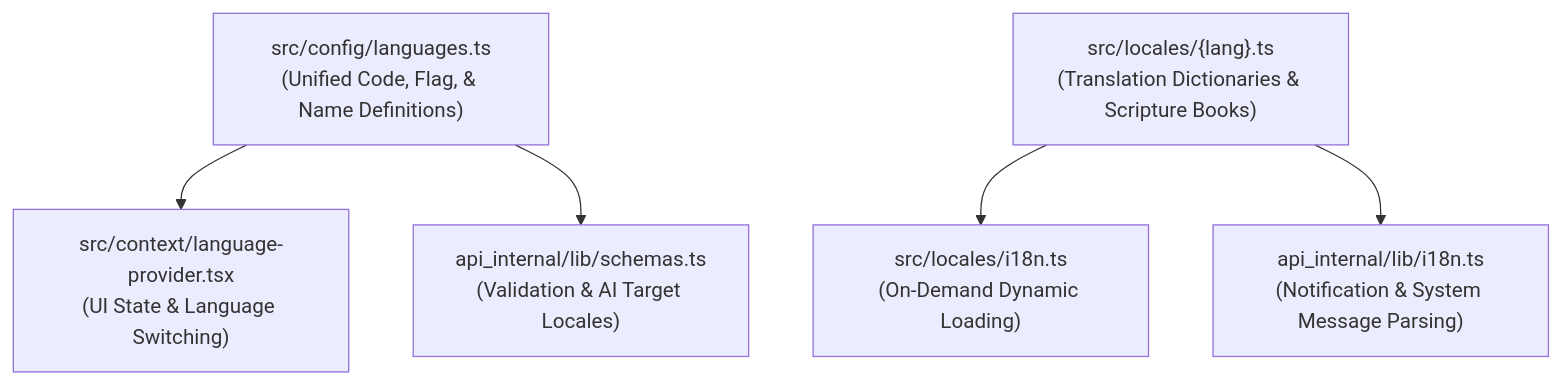
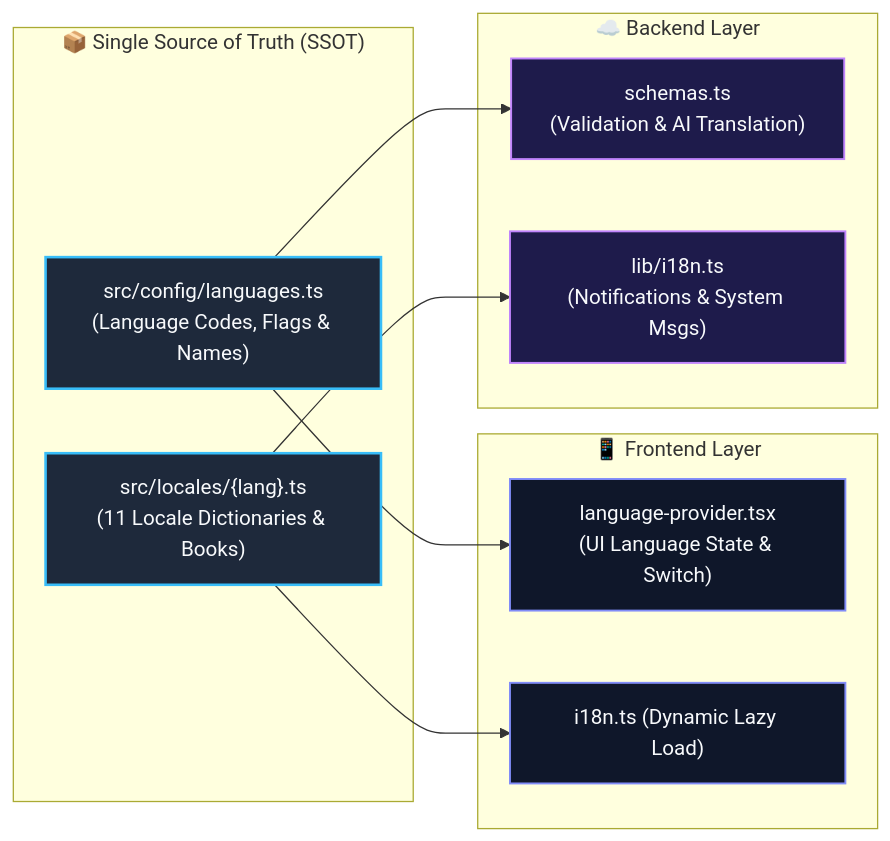
One commit to ScriptureHabit/scripture-habit changed the diagram in docs/logic-i18n.md. Above: the diagram before and after it, drawn with Mermaid. The commit also changed 9 other files, not shown here.

Commit message:
docs: optimize all wide Mermaid diagrams into readable vertical stacked layouts

````diff
--- a/docs/logic-i18n.md
+++ b/docs/logic-i18n.md
@@ -11,11 +11,26 @@
 ```mermaid
-flowchart TD
-    Config["src/config/languages.ts<br/>(Unified Code, Flag, & Name Definitions)"]
-    Locales["src/locales/{lang}.ts<br/>(Translation Dictionaries & Scripture Books)"]
-    
-    Config --> FrontendContext["src/context/language-provider.tsx<br/>(UI State & Language Switching)"]
-    Config --> BackendSchema["api_internal/lib/schemas.ts<br/>(Validation & AI Target Locales)"]
-    
-    Locales --> FrontendLoader["src/locales/i18n.ts<br/>(On-Demand Dynamic Loading)"]
-    Locales --> BackendLoader["api_internal/lib/i18n.ts<br/>(Notification & System Message Parsing)"]
+flowchart LR
+    classDef ssot fill:#1e293b,stroke:#38bdf8,stroke-width:2px,color:#f8fafc;
+    classDef fe fill:#0f172a,stroke:#818cf8,stroke-width:1.5px,color:#f8fafc;
+    classDef be fill:#1e1b4b,stroke:#c084fc,stroke-width:1.5px,color:#f8fafc;
+
+    subgraph SSOT["📦 Single Source of Truth (SSOT)"]
+        Config["src/config/languages.ts<br/>(Language Codes, Flags & Names)"]:::ssot
+        Locales["src/locales/{lang}.ts<br/>(11 Locale Dictionaries & Books)"]:::ssot
+    end
+
+    subgraph UsageFE["📱 Frontend Layer"]
+        FrontendContext["language-provider.tsx<br/>(UI Language State & Switch)"]:::fe
+        FrontendLoader["i18n.ts (Dynamic Lazy Load)"]:::fe
+    end
+
+    subgraph UsageBE["☁️ Backend Layer"]
+        BackendSchema["schemas.ts<br/>(Validation & AI Translation)"]:::be
+        BackendLoader["lib/i18n.ts<br/>(Notifications & System Msgs)"]:::be
+    end
+
+    Config --> FrontendContext
+    Config --> BackendSchema
+    Locales --> FrontendLoader
+    Locales --> BackendLoader
 ```
````
